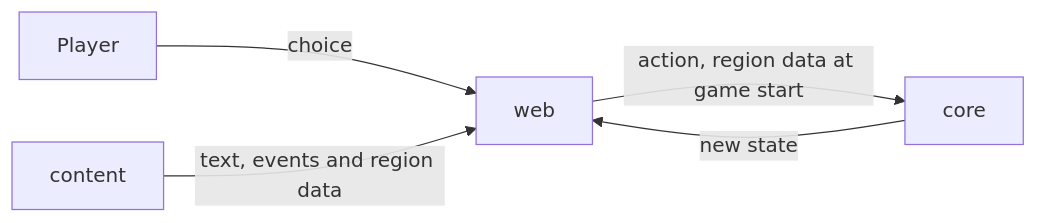
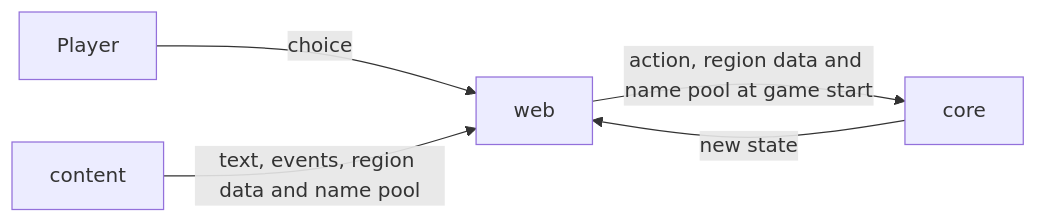
The second of 2 diagrams in docs/architecture.md (dcheng1248/agent-harness-test), drawn with Mermaid before and after one commit. The commit also changed 9 other files, not shown here.

````diff
--- a/docs/architecture.md
+++ b/docs/architecture.md
@@ -12,7 +12,7 @@
 ```mermaid
 flowchart LR
   Player -->|choice| web
-  web -->|action, region data at game start| core
-  content -->|text, events and region data| web
+  web -->|action, region data and name pool at game start| core
+  content -->|text, events, region data and name pool| web
   core -->|new state| web
 ```
````
